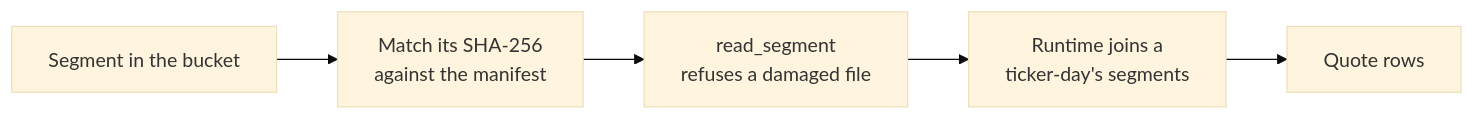
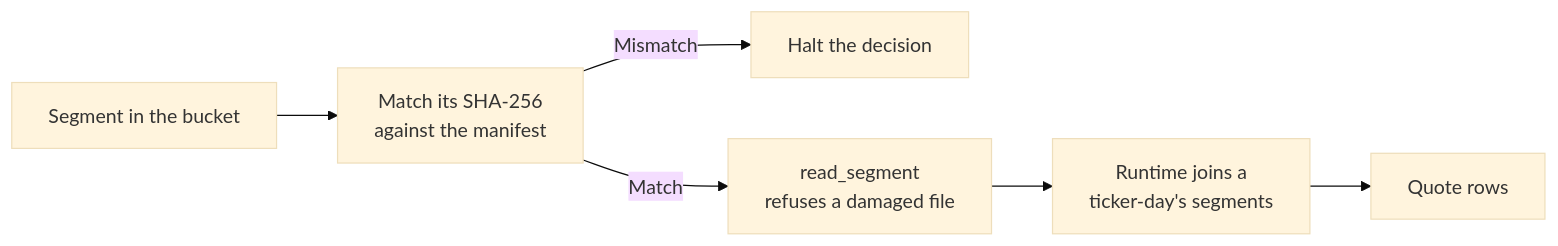
The seventh of 23 diagrams in docs/architecture.md (l3a0/ithildin-runtime), drawn with Mermaid (base theme) before and after one commit. The commit also changed other lines of this file and 1 other file, not shown here.

First line of the commit message:
docs: halt a decision on a segment whose hash does not match

````diff
--- a/docs/architecture.md
+++ b/docs/architecture.md
@@ -340,7 +340,8 @@
    ```mermaid
    flowchart LR
        seg["Segment in the bucket"] --> sha["Match its SHA-256<br/>against the manifest"]
-       sha --> read["read_segment<br/>refuses a damaged file"]
+       sha -- "Mismatch" --> halt["Halt the decision"]
+       sha -- "Match" --> read["read_segment<br/>refuses a damaged file"]
        read --> join["Runtime joins a<br/>ticker-day's segments"]
        join --> rows["Quote rows"]
    ```
````
